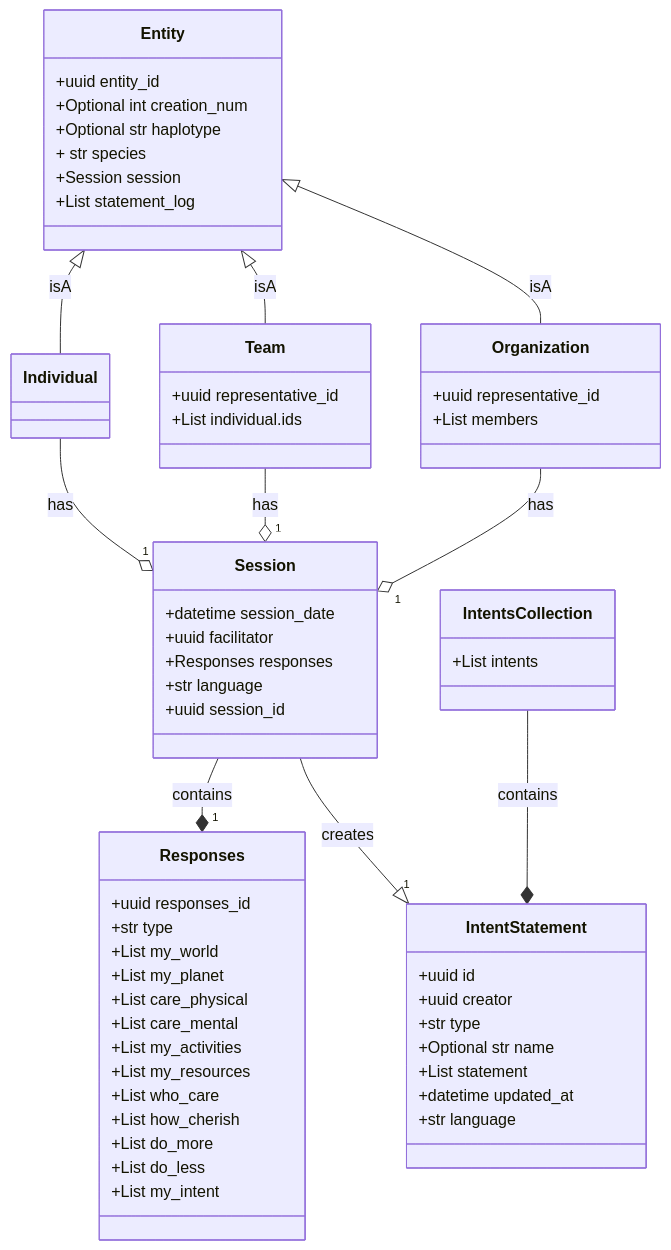
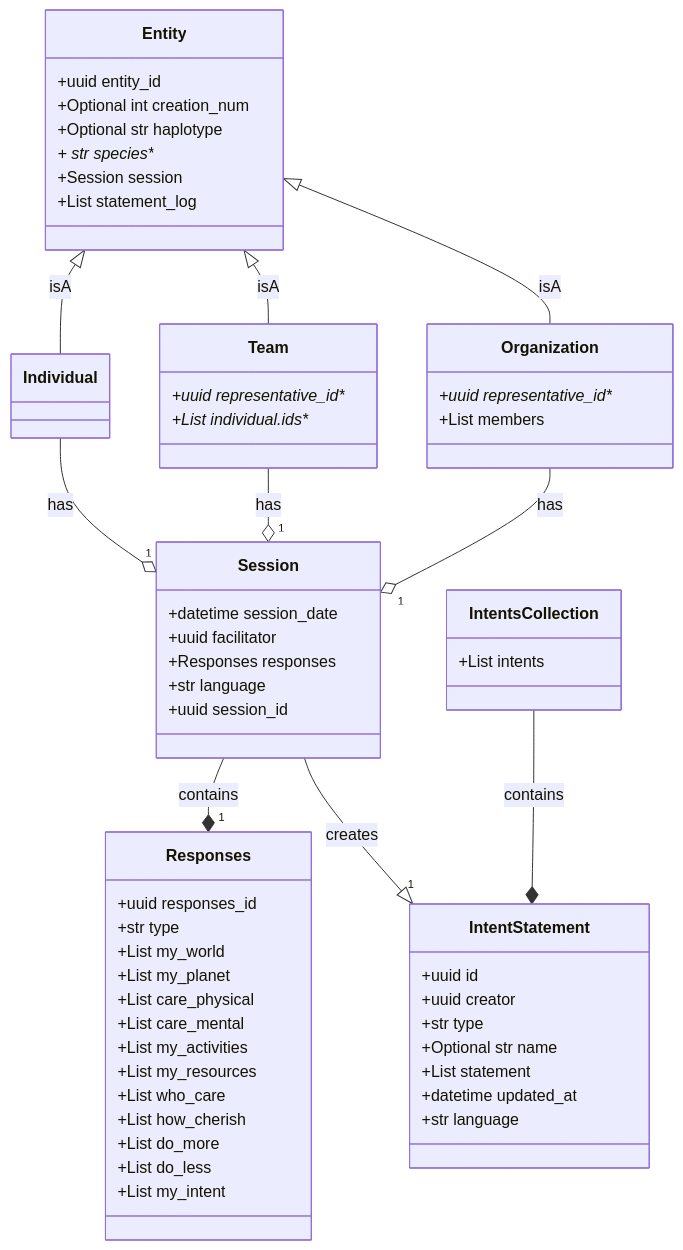
The diagram in docs/data_models_diagram.md (drew-wks/intent-for-the-planet), drawn with Mermaid before and after one commit.

````diff
--- a/docs/data_models_diagram.md
+++ b/docs/data_models_diagram.md
@@ -5,65 +5,65 @@
 ```mermaid
 classDiagram
     class Entity {
         +uuid entity_id
         +Optional int creation_num
         +Optional str haplotype
-        + str species
+        + str species**
         +Session session
         +List statement_log
     }
     class Individual {
     }
     class Team {
-        +uuid representative_id
-        +List individual.ids
+        +uuid representative_id**
+        +List individual.ids**
     }
     class Organization {
-        +uuid representative_id
+        +uuid representative_id**
         +List members
     }
     class Session {
         +datetime session_date
         +uuid facilitator
         +Responses responses
         +str language
         +uuid session_id
     }
     class Responses {
         +uuid responses_id
         +str type
         +List my_world
         +List my_planet
         +List care_physical
         +List care_mental
         +List my_activities
         +List my_resources
         +List who_care
         +List how_cherish
         +List do_more
         +List do_less
         +List my_intent
     }
     class IntentStatement {
         +uuid id
         +uuid creator
         +str type
         +Optional str name
         +List statement
         +datetime updated_at
         +str language
     }
     class IntentsCollection {
         +List intents
     }
     IntentsCollection --* IntentStatement : contains
     Session --* "1" Responses : contains
     Entity <|-- Individual : isA
     Entity <|-- Team : isA
     Entity <|-- Organization : isA
     Session--|> "1" IntentStatement : creates
     Individual --o "1" Session : has
     Team --o "1" Session : has
     Organization --o "1" Session : has
 
 ```
````
